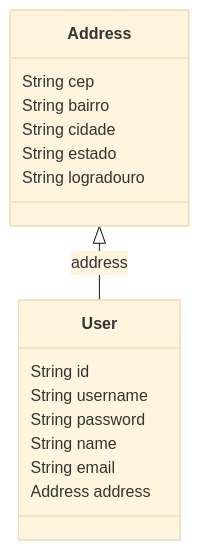
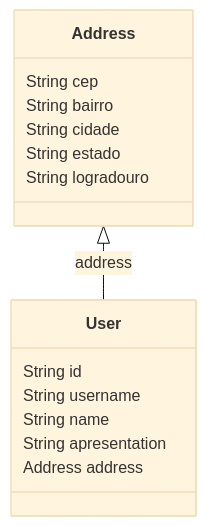
Before and after one commit to Gabrielsoac/user-api: the first of 4 diagrams in README.md, drawn with Mermaid (base theme). The commit also changed other lines of this file, not shown here.

````diff
--- a/README.md
+++ b/README.md
@@ -15,21 +15,20 @@
 ```mermaid
 classDiagram
     class Address {
         String cep
         String bairro
         String cidade
         String estado
         String logradouro
     }
 
     class User {
         String id
         String username
-        String password
         String name
-        String email
+        String apresentation
         Address address
     }
 
     Address <|-- User : address
 ```
````
